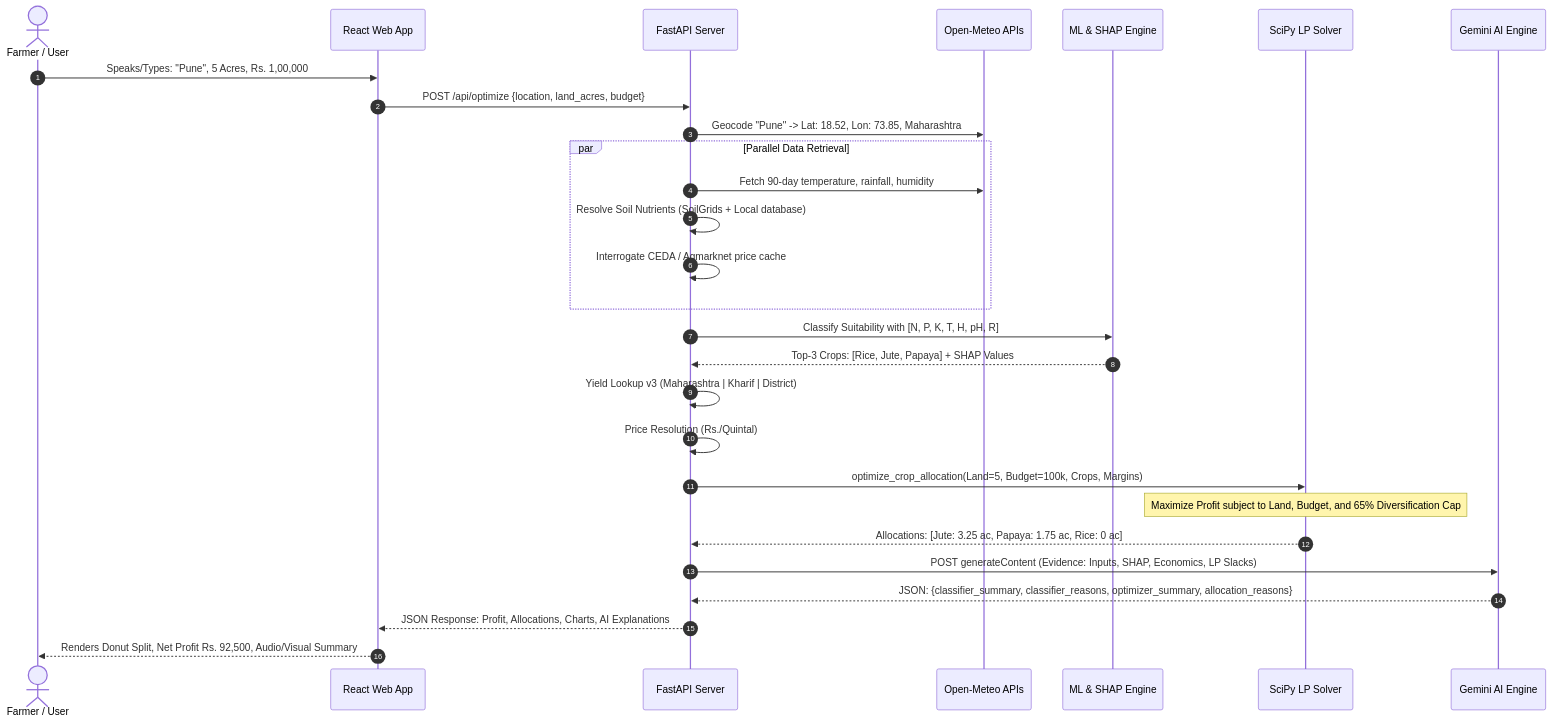
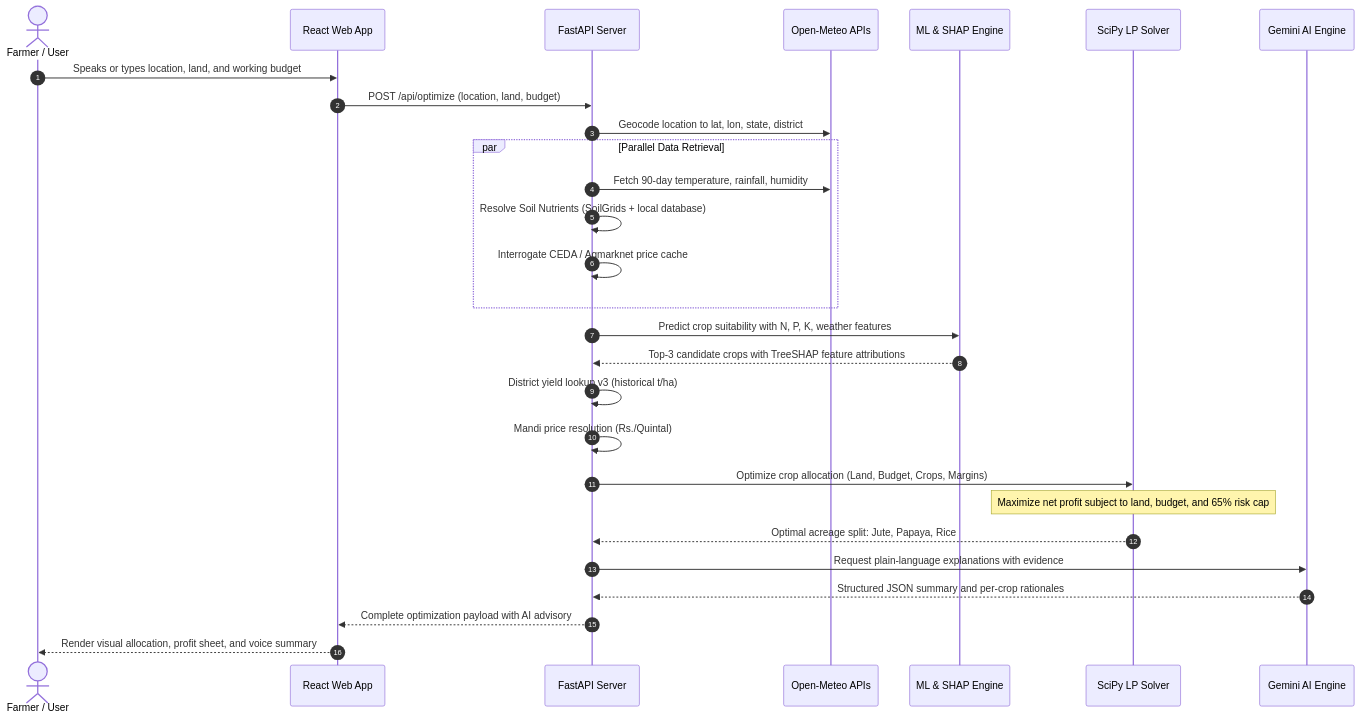
Before and after one commit to 9553943884pavan-alt/Agritech: the third of 7 diagrams in PROJECT_REPORT.md, drawn with Mermaid. The commit also changed other lines of this file, not shown here.

Commit message:
docs: improve Section 4 architecture Mermaid diagrams and format Section 6.2 classifier results as structured tables

````diff
--- a/PROJECT_REPORT.md
+++ b/PROJECT_REPORT.md
@@ -222,37 +218,37 @@
 ```mermaid
 sequenceDiagram
     autonumber
     actor Farmer as Farmer / User
     participant Frontend as React Web App
     participant Backend as FastAPI Server
     participant OpenMeteo as Open-Meteo APIs
     participant ML as ML & SHAP Engine
     participant LP as SciPy LP Solver
     participant Gemini as Gemini AI Engine
 
-    Farmer->>Frontend: Speaks/Types: "Pune", 5 Acres, Rs. 1,00,000
-    Frontend->>Backend: POST /api/optimize {location, land_acres, budget}
-    Backend->>OpenMeteo: Geocode "Pune" -> Lat: 18.52, Lon: 73.85, Maharashtra
+    Farmer->>Frontend: Speaks or types location, land, and working budget
+    Frontend->>Backend: POST /api/optimize (location, land, budget)
+    Backend->>OpenMeteo: Geocode location to lat, lon, state, district
     
     par Parallel Data Retrieval
         Backend->>OpenMeteo: Fetch 90-day temperature, rainfall, humidity
-        Backend->>Backend: Resolve Soil Nutrients (SoilGrids + Local database)
+        Backend->>Backend: Resolve Soil Nutrients (SoilGrids + local database)
         Backend->>Backend: Interrogate CEDA / Agmarknet price cache
     end
     
-    Backend->>ML: Classify Suitability with [N, P, K, T, H, pH, R]
-    ML-->>Backend: Top-3 Crops: [Rice, Jute, Papaya] + SHAP Values
+    Backend->>ML: Predict crop suitability with N, P, K, weather features
+    ML-->>Backend: Top-3 candidate crops with TreeSHAP feature attributions
     
-    Backend->>Backend: Yield Lookup v3 (Maharashtra | Kharif | District)
-    Backend->>Backend: Price Resolution (Rs./Quintal)
+    Backend->>Backend: District yield lookup v3 (historical t/ha)
+    Backend->>Backend: Mandi price resolution (Rs./Quintal)
     
-    Backend->>LP: optimize_crop_allocation(Land=5, Budget=100k, Crops, Margins)
-    Note over LP: Maximize Profit subject to Land, Budget, and 65% Diversification Cap
-    LP-->>Backend: Allocations: [Jute: 3.25 ac, Papaya: 1.75 ac, Rice: 0 ac]
+    Backend->>LP: Optimize crop allocation (Land, Budget, Crops, Margins)
+    Note over LP: Maximize net profit subject to land, budget, and 65% risk cap
+    LP-->>Backend: Optimal acreage split: Jute, Papaya, Rice
     
-    Backend->>Gemini: POST generateContent (Evidence: Inputs, SHAP, Economics, LP Slacks)
-    Gemini-->>Backend: JSON: {classifier_summary, classifier_reasons, optimizer_summary, allocation_reasons}
+    Backend->>Gemini: Request plain-language explanations with evidence
+    Gemini-->>Backend: Structured JSON summary and per-crop rationales
     
-    Backend-->>Frontend: JSON Response: Profit, Allocations, Charts, AI Explanations
-    Frontend-->>Farmer: Renders Donut Split, Net Profit Rs. 92,500, Audio/Visual Summary
+    Backend-->>Frontend: Complete optimization payload with AI advisory
+    Frontend-->>Farmer: Render visual allocation, profit sheet, and voice summary
 ```
````
